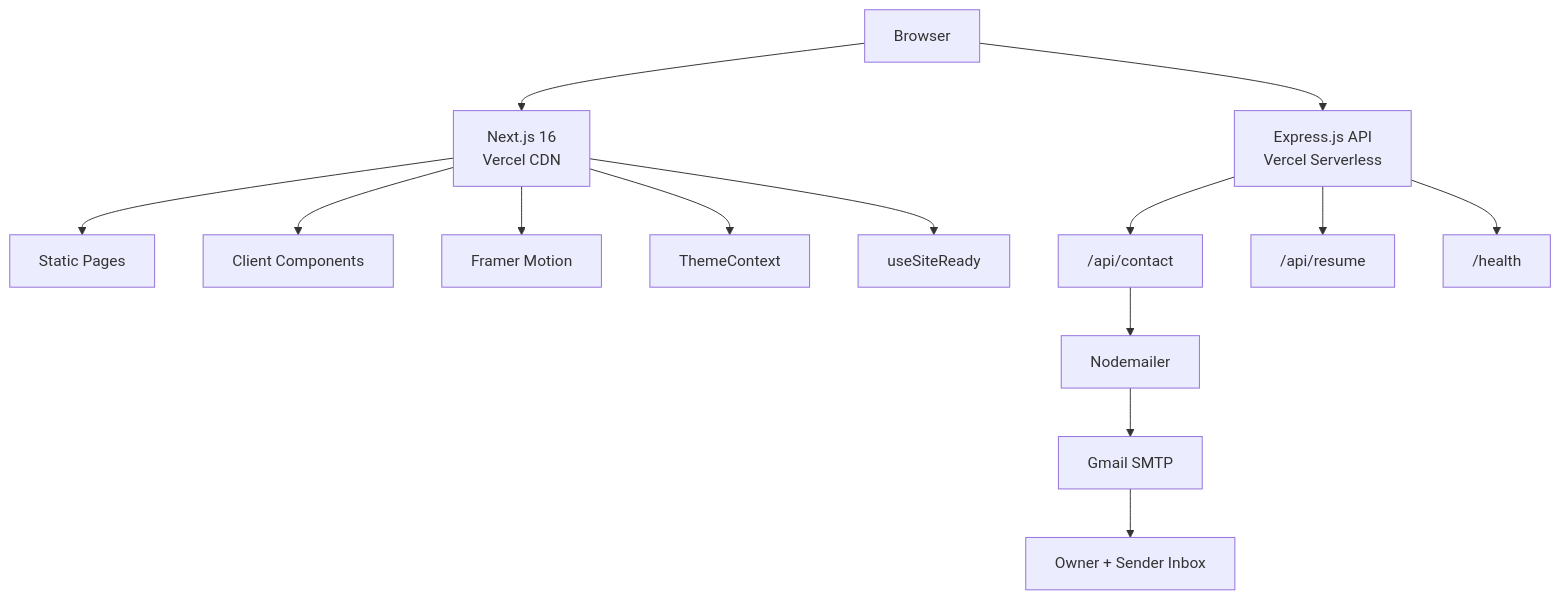
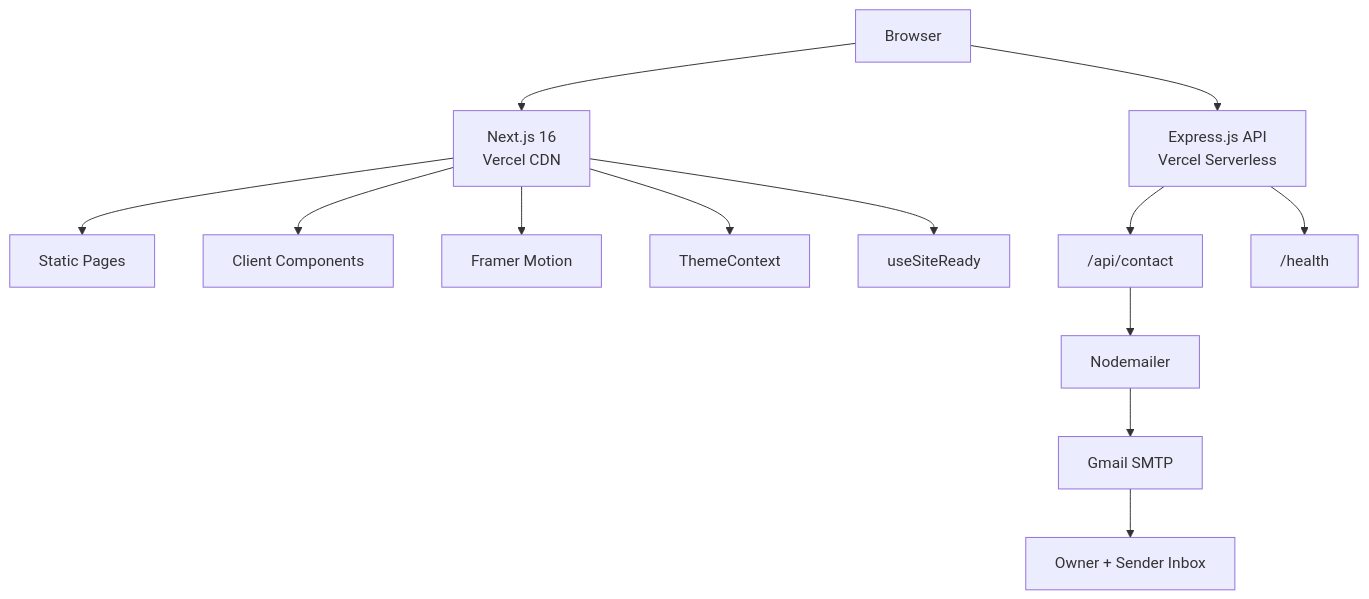
One commit to oyedokunken/oyedokun-SWE changed the first of 3 diagrams in README.md. Above: the diagram before and after it, drawn with Mermaid. The commit also changed other lines of this file and 10 other files, not shown here.

````diff
--- a/README.md
+++ b/README.md
@@ -85,16 +82,15 @@
 ```mermaid
 flowchart TD
     A[Browser] --> B[Next.js 16<br/>Vercel CDN]
     A --> C[Express.js API<br/>Vercel Serverless]
     B --> D[Static Pages]
     B --> E[Client Components]
     B --> F[Framer Motion]
     B --> G[ThemeContext]
     B --> H[useSiteReady]
     C --> I["/api/contact"]
-    C --> J["/api/resume"]
     C --> K["/health"]
     I --> L[Nodemailer]
     L --> M[Gmail SMTP]
     M --> N[Owner + Sender Inbox]
 ```
````
